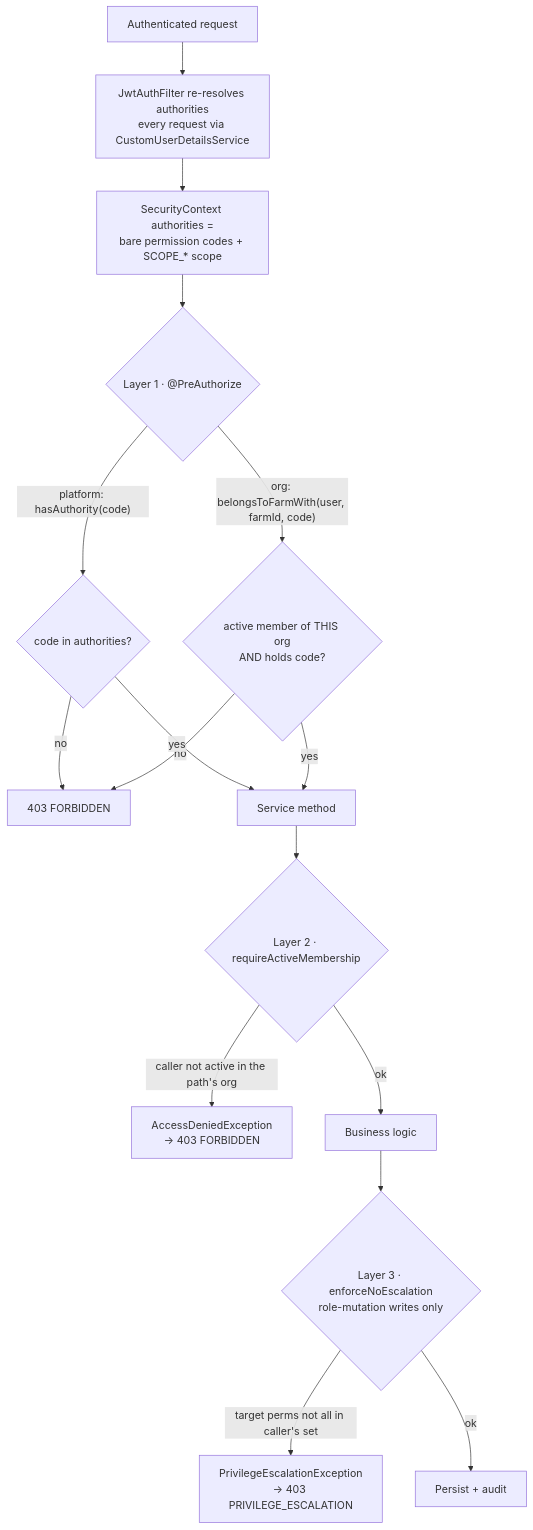
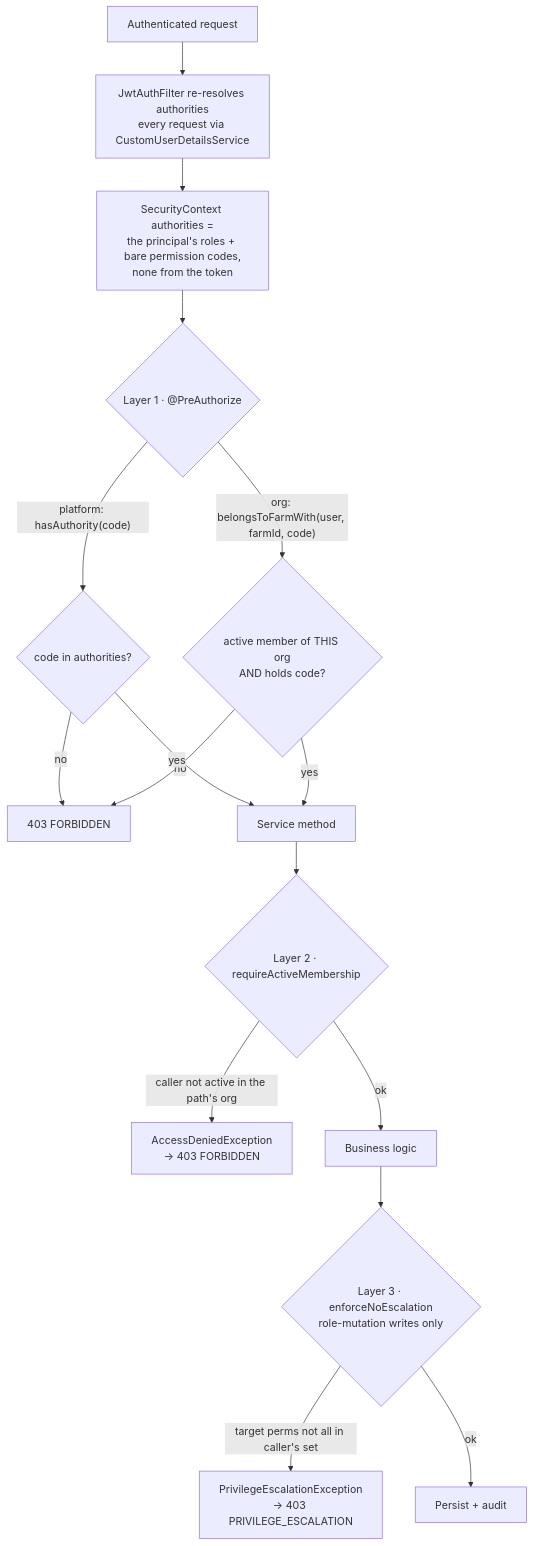
The second of 3 diagrams in docs/rbac/authorization.md (cropdoor/cropdoor-almanac), drawn with Mermaid before and after one commit. The commit also changed other lines of this file, not shown here.

Commit message:
rbac authorization: part 2 of Pending invite sign-in ready (#379): no authority from the token, an access token only at both doors, one phone-code rule; its live verify gates the promotion, not the merge

````diff
--- a/docs/rbac/authorization.md
+++ b/docs/rbac/authorization.md
@@ -92,18 +92,18 @@
 ```mermaid
 flowchart TD
     req["Authenticated request"] --> filter["JwtAuthFilter re-resolves authorities<br/>every request via CustomUserDetailsService"]
-    filter --> ctx["SecurityContext authorities =<br/>bare permission codes + SCOPE_* scope"]
+    filter --> ctx["SecurityContext authorities =<br/>the principal's roles + bare permission codes,<br/>none from the token"]
     ctx --> l1{"Layer 1 · @PreAuthorize"}
     l1 -->|"platform: hasAuthority(code)"| l1p{"code in authorities?"}
     l1 -->|"org: belongsToFarmWith(user, farmId, code)"| l1o{"active member of THIS org<br/>AND holds code?"}
     l1p -->|no| f403a["403 FORBIDDEN"]
     l1o -->|no| f403a
     l1p -->|yes| svc["Service method"]
     l1o -->|yes| svc
     svc --> l2{"Layer 2 · requireActiveMembership"}
     l2 -->|"caller not active in the path's org"| f403b["AccessDeniedException<br/>→ 403 FORBIDDEN"]
     l2 -->|ok| logic["Business logic"]
     logic --> l3{"Layer 3 · enforceNoEscalation<br/>role-mutation writes only"}
     l3 -->|"target perms not all in caller's set"| f403c["PrivilegeEscalationException<br/>→ 403 PRIVILEGE_ESCALATION"]
     l3 -->|ok| done["Persist + audit"]
 ```
````
